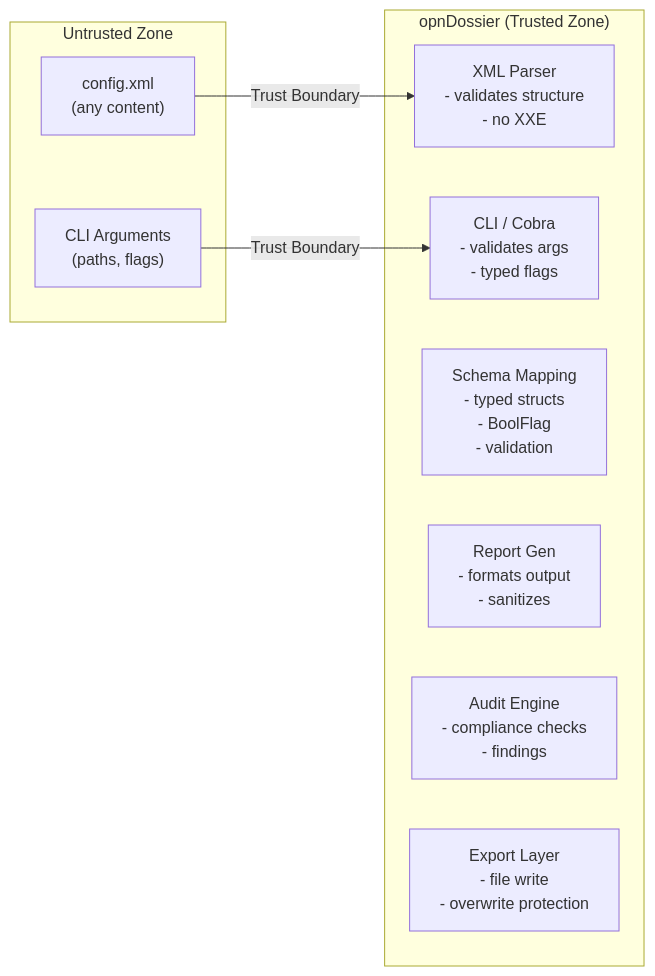
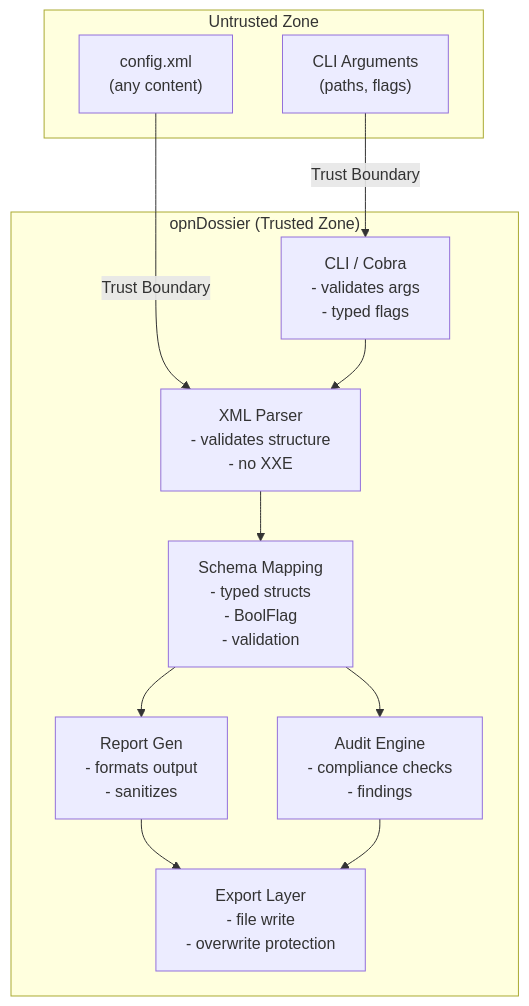
One commit to EvilBit-Labs/opnDossier changed the diagram in docs/security/security-assurance.md. Above: the diagram before and after it, drawn with Mermaid.

Commit message:
docs: update trust boundaries diagram in security assurance case to use TD layout and improve clarity

````diff
--- a/docs/security/security-assurance.md
+++ b/docs/security/security-assurance.md
@@ -47,19 +47,26 @@
 ```mermaid
-graph LR
+graph TD
     subgraph Untrusted["Untrusted Zone"]
         XML["config.xml<br/>(any content)"]
         CLI["CLI Arguments<br/>(paths, flags)"]
     end
 
     XML -->|Trust Boundary| Parser
     CLI -->|Trust Boundary| Cobra
 
     subgraph Trusted["opnDossier (Trusted Zone)"]
-        Parser["XML Parser<br/> - validates structure<br/> - no XXE"]
-        Schema["Schema Mapping<br/> - typed structs<br/>- BoolFlag<br/>- validation"]
+        Cobra["CLI / Cobra<br/>- validates args<br/>- typed flags"]
+        Parser["XML Parser<br/>- validates structure<br/>- no XXE"]
+        Schema["Schema Mapping<br/>- typed structs<br/>- BoolFlag<br/>- validation"]
         Report["Report Gen<br/>- formats output<br/>- sanitizes"]
         Audit["Audit Engine<br/>- compliance checks<br/>- findings"]
         Export["Export Layer<br/>- file write<br/>- overwrite protection"]
-        Cobra["CLI / Cobra<br/>- validates args<br/>- typed flags"]
+
+        Cobra --> Parser
+        Parser --> Schema
+        Schema --> Report
+        Schema --> Audit
+        Report --> Export
+        Audit --> Export
     end
 ```
````
